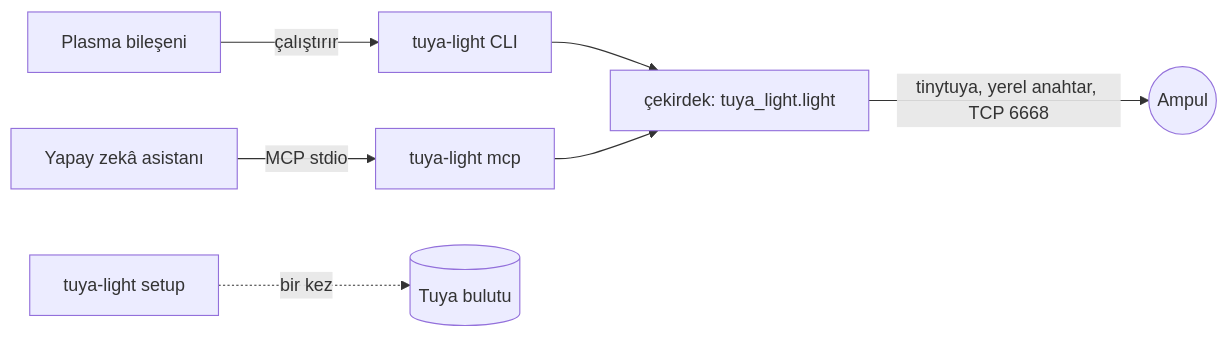
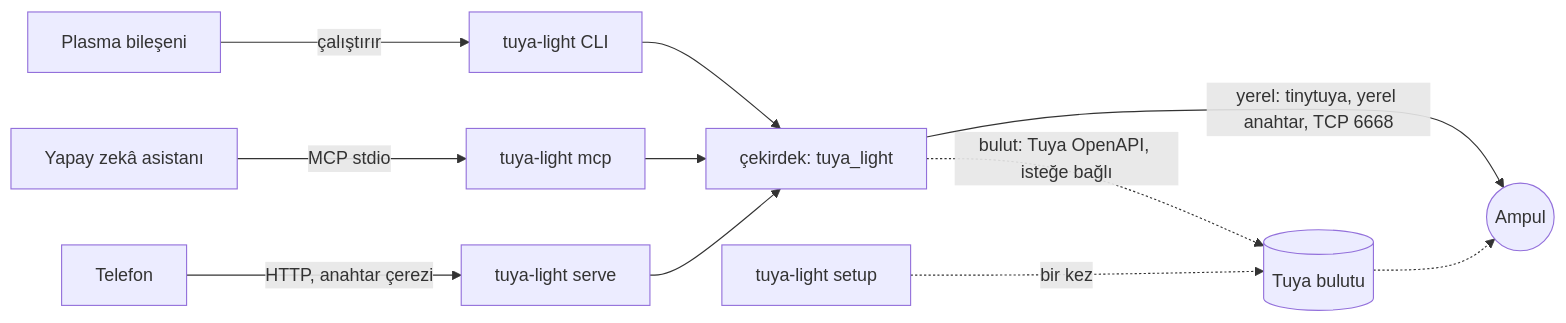
One commit to YakupEmreYerli/tuya-light changed the diagram in README.tr.md. Above: the diagram before and after it, drawn with Mermaid. The commit also changed other lines of this file and 7 other files, not shown here.

````diff
--- a/README.tr.md
+++ b/README.tr.md
@@ -132,9 +216,13 @@
 ```mermaid
 flowchart LR
     W[Plasma bileşeni] -- çalıştırır --> C[tuya-light CLI]
     A[Yapay zekâ asistanı] -- MCP stdio --> M[tuya-light mcp]
-    C --> L[çekirdek: tuya_light.light]
+    P[Telefon] -- HTTP, anahtar çerezi --> S2[tuya-light serve]
+    C --> L[çekirdek: tuya_light]
     M --> L
-    L -- tinytuya, yerel anahtar, TCP 6668 --> B((Ampul))
-    S[tuya-light setup] -. bir kez .-> T[(Tuya bulutu)]
+    S2 --> L
+    L -- yerel: tinytuya, yerel anahtar, TCP 6668 --> B((Ampul))
+    L -. bulut: Tuya OpenAPI, isteğe bağlı .-> T[(Tuya bulutu)]
+    T -.-> B
+    S[tuya-light setup] -. bir kez .-> T
 ```
````
